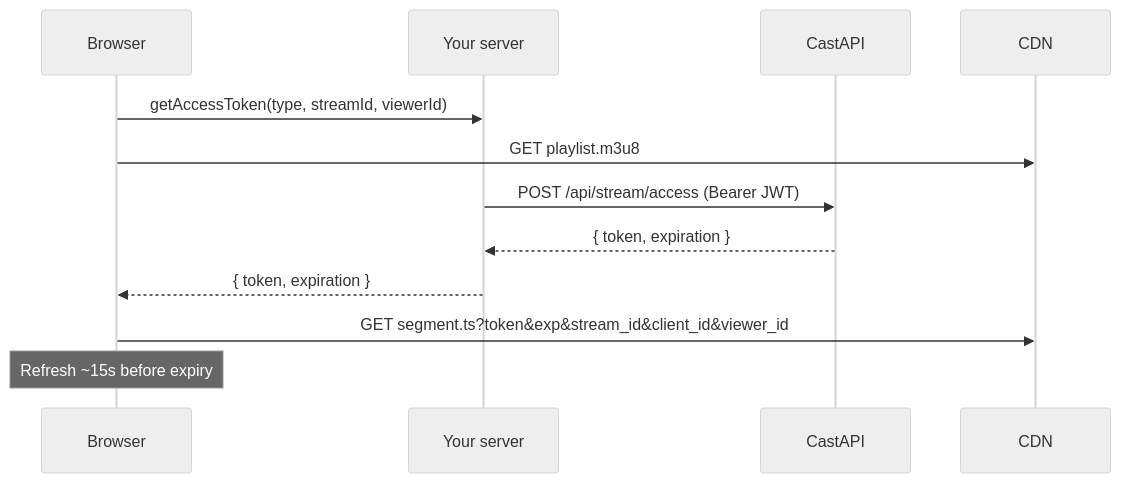
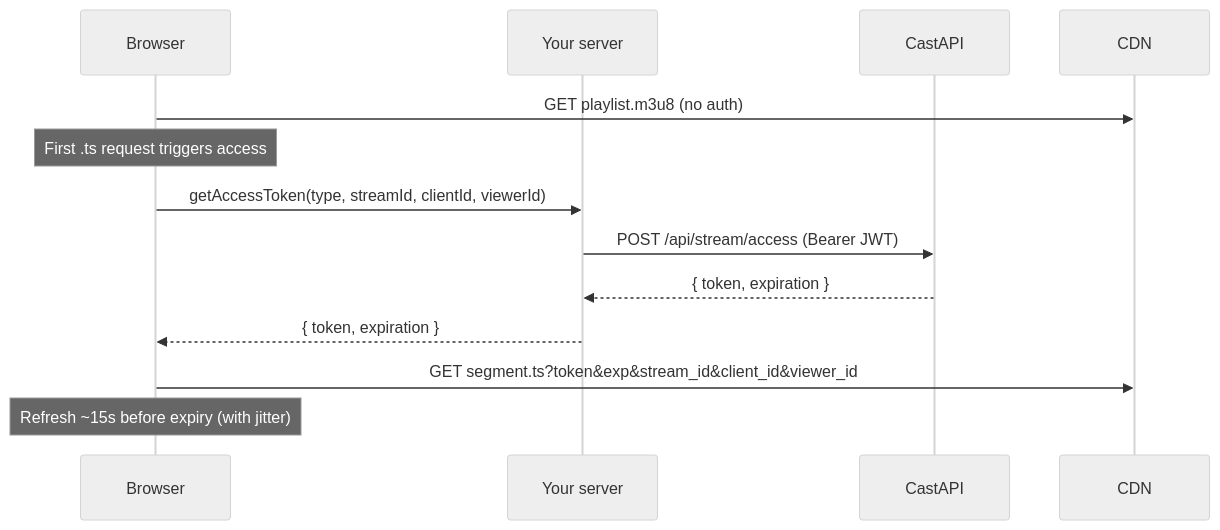
The diagram in README.md (Synesis-IT-PLC/stream-player-sdk), drawn with Mermaid (neutral theme) before and after one commit. The commit also changed other lines of this file, not shown here.

````diff
--- a/README.md
+++ b/README.md
@@ -350,15 +379,16 @@
 ```mermaid
 sequenceDiagram
     participant B as Browser
     participant S as Your server
     participant C as CastAPI
     participant O as CDN
 
-    B->>S: getAccessToken(type, streamId, viewerId)
-    B->>O: GET playlist.m3u8
+    B->>O: GET playlist.m3u8 (no auth)
+    Note over B: First .ts request triggers access
+    B->>S: getAccessToken(type, streamId, clientId, viewerId)
     S->>C: POST /api/stream/access (Bearer JWT)
     C-->>S: { token, expiration }
     S-->>B: { token, expiration }
     B->>O: GET segment.ts?token&exp&stream_id&client_id&viewer_id
-    Note over B: Refresh ~15s before expiry
+    Note over B: Refresh ~15s before expiry (with jitter)
 ```
````
